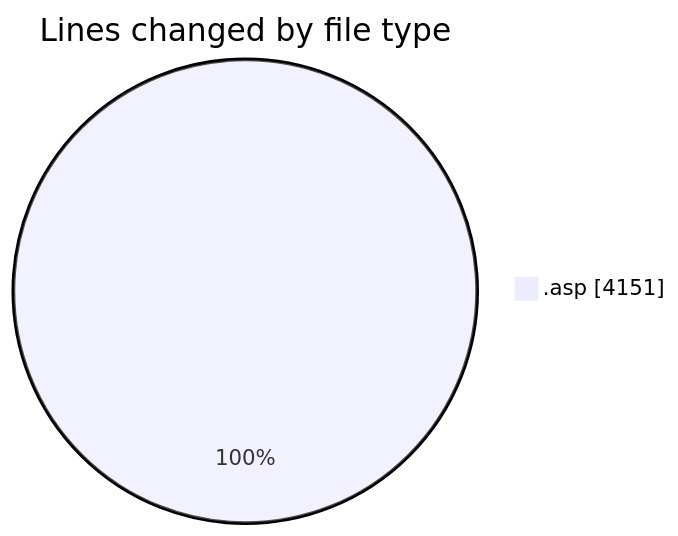
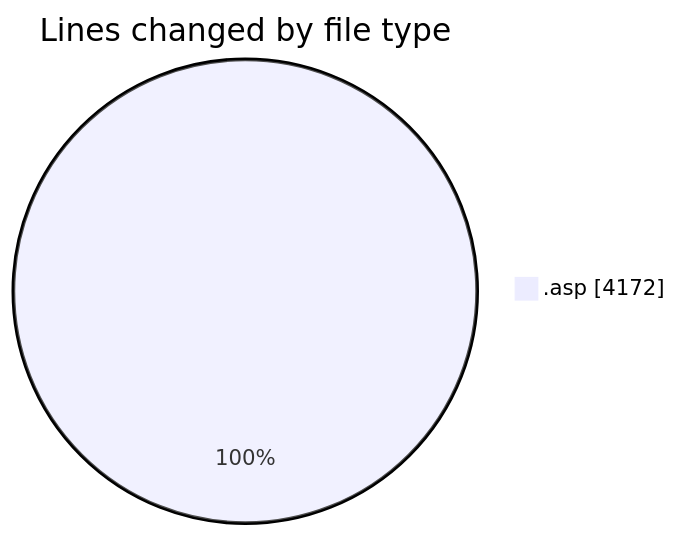
Before and after one commit to julien-gomy/code-tracking: the first of 2 diagrams in 2025-11-26/cdp_aleoudev_fr__workspace_/README.md, drawn with Mermaid. The commit also changed other lines of this file and 1 other file, not shown here.

````diff
--- a/2025-11-26/cdp_aleoudev_fr__workspace_/README.md
+++ b/2025-11-26/cdp_aleoudev_fr__workspace_/README.md
@@ -23,5 +23,5 @@
 ```mermaid
 pie showData
 title Lines changed by file type
-".asp" : 4151
+".asp" : 4172
 ```
````
